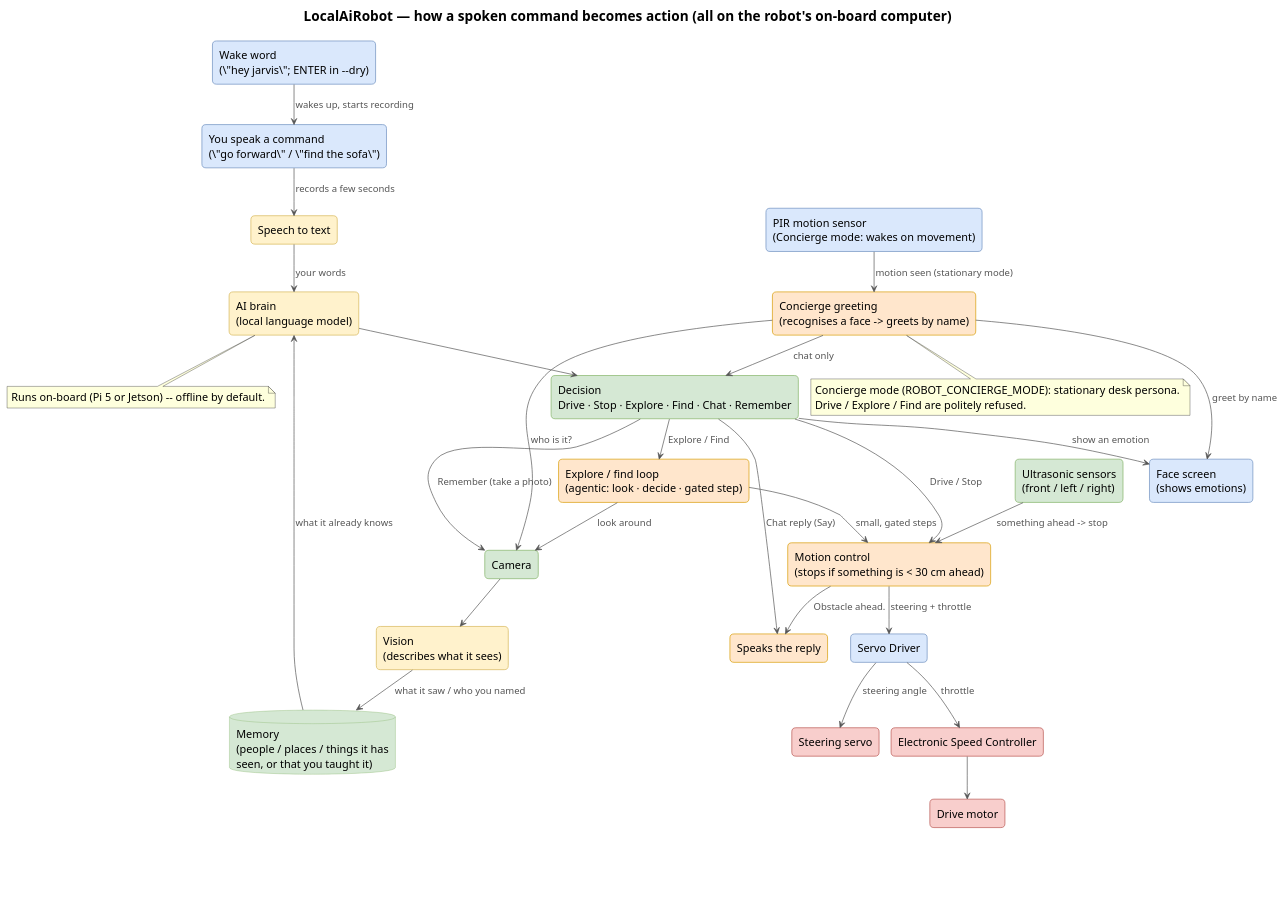
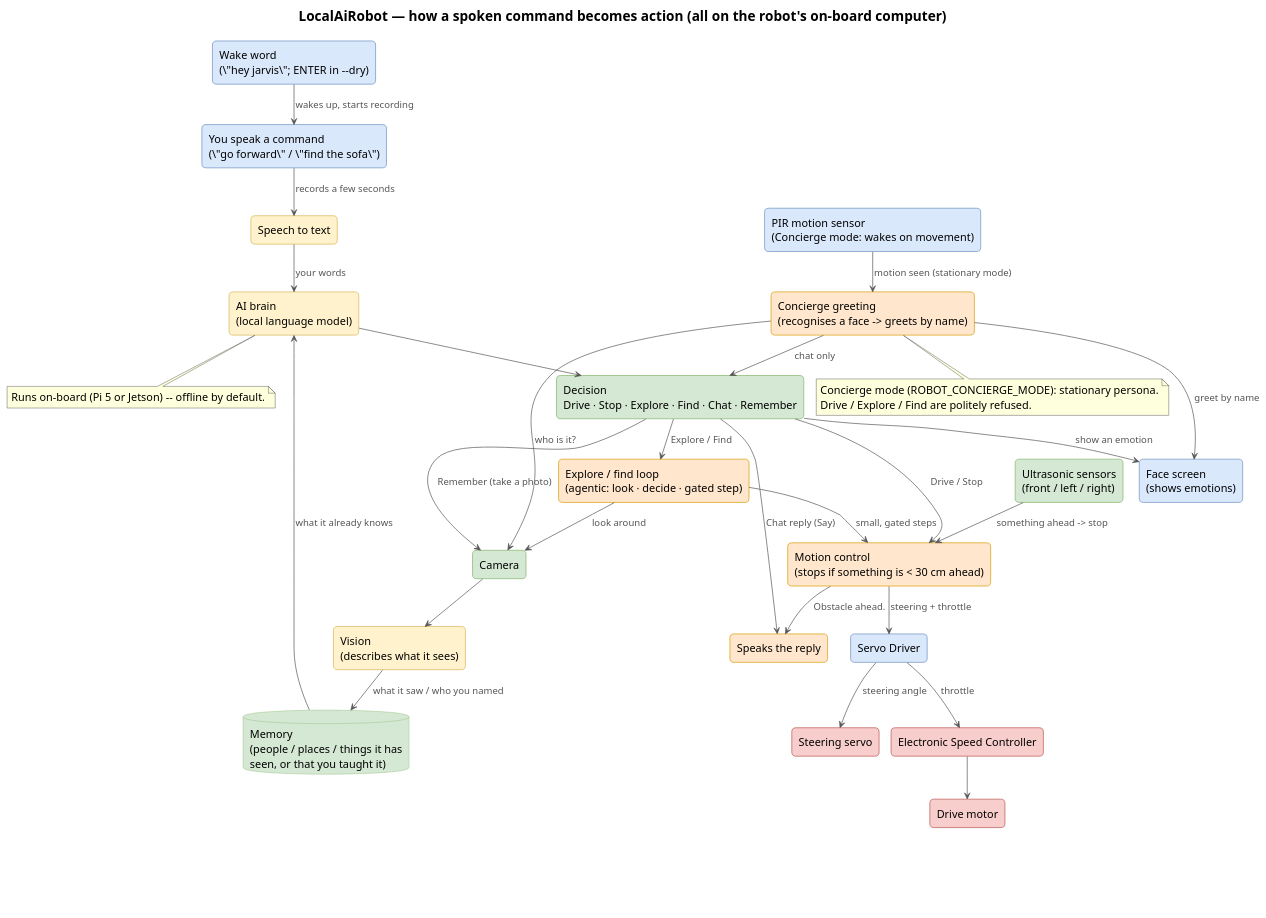
Before and after one commit to shen747/LocalAiRobot: the diagram in docs/images/basic_control_flow.puml, drawn with PlantUML. The commit also changed 9 other files, not shown here.

Commit message:
Concierge: stop calling Jarvis a desk assistant - persona, prompts and logs now say stationary assistant, and greetings/refusals are location-neutral so it can be mounted anywhere (incl. outside for Halloween)

```diff
--- a/docs/images/basic_control_flow.puml
+++ b/docs/images/basic_control_flow.puml
@@ -1,120 +1,120 @@
 @startuml basic_control_flow
 ' LocalAiRobot — how a spoken command becomes action (everything runs on the on-board computer: Pi 5 / Jetson).
 ' This source lives next to its render. Regenerate in place (writes basic_control_flow.png here):
 '   plantuml -tpng docs/images/basic_control_flow.puml
 ' No Graphviz needed: !pragma layout smetana uses PlantUML's pure-Java layout engine.
 '
 ' Deliberately plain-English labels (no part numbers / bus jargon). Stages read TOP-TO-BOTTOM and are
 ' grouped by COLOUR, not by boxes: smetana crashes (IllegalStateException in mincross) on nested
 ' "rectangle { }" containers once edges cross between them. Real boxed groups would need Graphviz.
 '   COLOUR KEY:  blue = you / audio in   yellow = the AI   green = data it works with
 '                orange = control logic   red = the motors/wheels
 !pragma layout smetana
 hide stereotype
 title LocalAiRobot — how a spoken command becomes action (all on the robot's on-board computer)
 
 skinparam backgroundColor white
 skinparam shadowing false
 skinparam defaultFontName Helvetica
 skinparam defaultFontSize 16
 skinparam TitleFontSize 20
 skinparam ArrowColor #555555
 skinparam ArrowFontColor #555555
 skinparam ArrowFontSize 14
 skinparam databaseBackgroundColor #D5E8D4
 skinparam databaseBorderColor #82B366
 skinparam rectangle {
   RoundCorner 12
   FontSize 16
   BorderThickness 1
   BackgroundColor<<io>> #DAE8FC
   BorderColor<<io>> #6C8EBF
   BackgroundColor<<model>> #FFF2CC
   BorderColor<<model>> #D6B656
   BackgroundColor<<data>> #D5E8D4
   BorderColor<<data>> #82B366
   BackgroundColor<<motor>> #F8CECC
   BorderColor<<motor>> #B85450
   BackgroundColor<<proc>> #FFE6CC
   BorderColor<<proc>> #D79B00
   BackgroundColor<<pad>> #FFFFFF
   BorderColor<<pad>> #FFFFFF
 }
 top to bottom direction
 
 ' ---------- 1. LISTEN (blue): the wake word comes first, THEN you speak ----------
 rectangle "Wake word\n(\"hey jarvis\"; ENTER in --dry)" as wake <<io>>
 rectangle "PIR motion sensor\n(Concierge mode: wakes on movement)" as pir <<io>>
 rectangle "You speak a command\n(\"go forward\" / \"find the sofa\")" as voice <<io>>
 rectangle "Speech to text" as stt <<model>>
 
 ' ---------- 2. THINK (yellow = AI, green = data) ----------
 rectangle "AI brain\n(local language model)" as brain <<model>>
 database "Memory\n(people / places / things it has\nseen, or that you taught it)" as mem
 rectangle "Decision\nDrive · Stop · Explore · Find · Chat · Remember" as decision <<data>>
 
 ' ---------- 3. SEE (green) ----------
 rectangle "Camera" as cam <<data>>
 rectangle "Vision\n(describes what it sees)" as vision <<model>>
 
 ' ---------- 4. ACT (orange = control, red = motors) ----------
 rectangle "Explore / find loop\n(agentic: look · decide · gated step)" as explore <<proc>>
 rectangle "Ultrasonic sensors\n(front / left / right)" as sensors <<data>>
 rectangle "Motion control\n(stops if something is < 30 cm ahead)" as motion <<proc>>
 rectangle "Servo Driver" as servodrv <<io>>
 rectangle "Electronic Speed Controller" as esc <<motor>>
 rectangle "Drive motor" as dmotor <<motor>>
 rectangle "Steering servo" as servo <<motor>>
 
 ' ---------- 5. RESPOND (blue / orange) ----------
 rectangle "Speaks the reply" as tts <<proc>>
 rectangle "Face screen\n(shows emotions)" as face <<io>>
 rectangle "Concierge greeting\n(recognises a face -> greets by name)" as concierge <<proc>>
 
 ' ---------- the main path: wake word -> you talk -> it understands -> it decides ----------
 wake --> voice : wakes up, starts recording
 voice --> stt : records a few seconds
 stt --> brain : your words
 mem --> brain : what it already knows
 brain --> decision
 
 ' ---------- Concierge mode: motion (not voice) wakes a STATIONARY persona ----------
 pir --> concierge : motion seen (stationary mode)
 concierge --> cam : who is it?
 concierge --> face : greet by name
 concierge --> decision : chat only
 
 note bottom of concierge
-  Concierge mode (ROBOT_CONCIERGE_MODE): stationary desk persona.
+  Concierge mode (ROBOT_CONCIERGE_MODE): stationary persona.
   Drive / Explore / Find are politely refused.
 end note
 
 ' ---------- what the decision leads to ----------
 decision --> motion : Drive / Stop
 decision --> explore : Explore / Find
 decision --> cam : Remember (take a photo)
 decision --> tts : Chat reply (Say)
 decision --> face : show an emotion
 
 ' ---------- seeing + remembering ----------
 cam --> vision
 vision --> mem : what it saw / who you named
 explore --> cam : look around
 explore --> motion : small, gated steps
 
 ' ---------- driving the wheels ----------
 sensors --> motion : something ahead -> stop
 motion --> tts : "Obstacle ahead."
 motion --> servodrv : steering + throttle
 servodrv --> esc : throttle
 esc --> dmotor
 servodrv --> servo : steering angle
 
 ' blank, invisible box (white-on-white) to leave breathing room below the last box (Drive motor)
 rectangle " \n \n " as pad <<pad>>
 dmotor -[hidden]-> pad
 
 note bottom of brain
   Runs on-board (Pi 5 or Jetson) -- offline by default.
 end note
 @enduml
```
